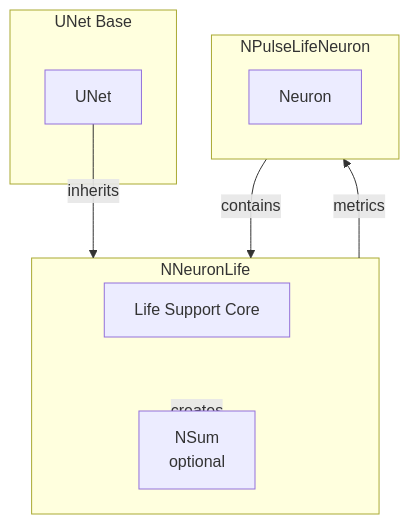
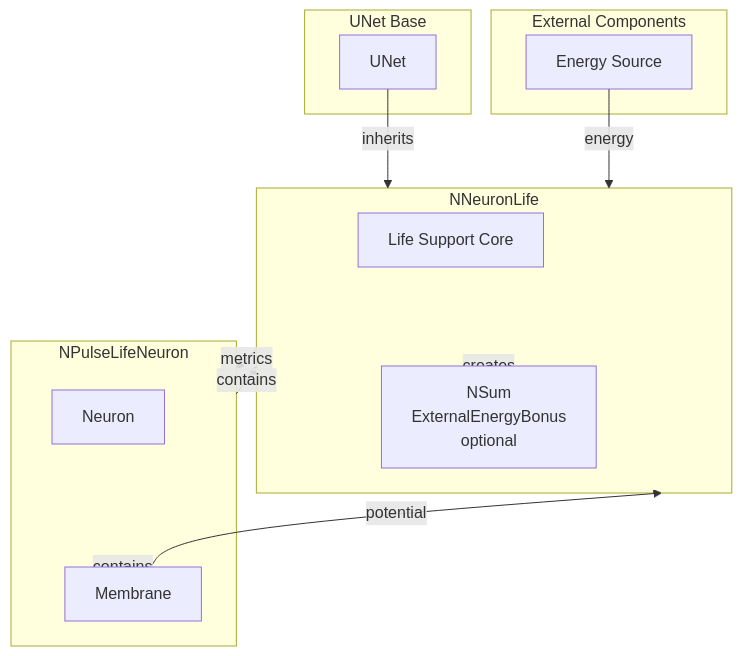
Before and after one commit to aicommunity/Nmsdk-PulseLib: the tenth of 10 diagrams in Docs/Components/NNeuronLife.md, drawn with Mermaid. The commit also changed other lines of this file and 64 other files, not shown here.

First line of the commit message:
docs(pulse): complete bilingual EN quality: mermaid sync, full translations, zero cyrillic in EN

````diff
--- a/Docs/Components/NNeuronLife.md
+++ b/Docs/Components/NNeuronLife.md
@@ -684,20 +803,28 @@
 ```mermaid
 graph TB
     subgraph UNet["UNet Base"]
         BaseNet[UNet]
     end
 
     subgraph NNeuronLife["NNeuronLife"]
         LifeCore[Life Support Core]
-        ExternalBonus["NSum<br/>optional"]
+        ExternalBonus["NSum<br/>ExternalEnergyBonus<br/>optional"]
     end
 
     subgraph NPulseLifeNeuron["NPulseLifeNeuron"]
         Neuron[Neuron]
+        Membrane[Membrane]
+    end
+
+    subgraph External["External Components"]
+        EnergySource[Energy Source]
     end
 
     BaseNet -->|inherits| NNeuronLife
     NNeuronLife -->|creates| ExternalBonus
     NPulseLifeNeuron -->|contains| NNeuronLife
+    NPulseLifeNeuron -->|contains| Membrane
+    Membrane -->|potential| NNeuronLife
+    EnergySource -->|energy| NNeuronLife
     NNeuronLife -->|metrics| NPulseLifeNeuron
 ```
````
